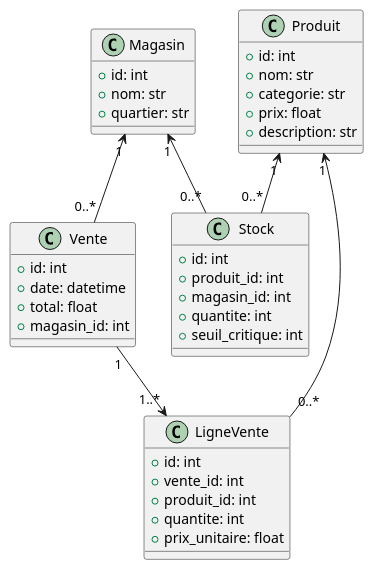
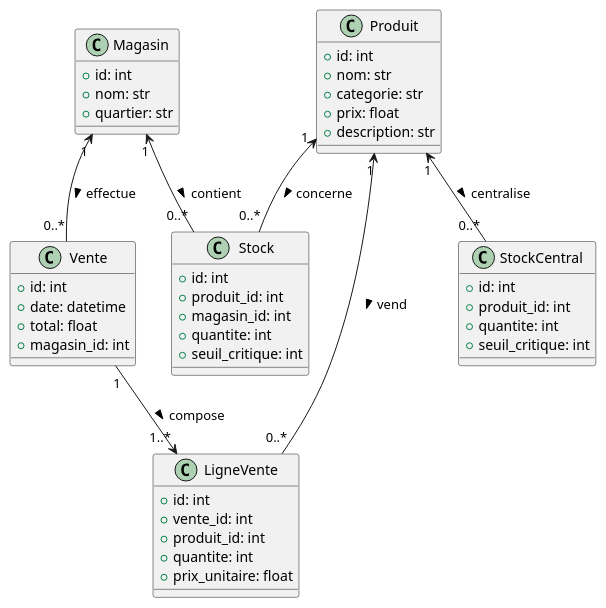
One commit to nathanlamy/LOG430-LABO-2 changed the diagram in docs/UML/classes.puml. Above: the diagram before and after it, drawn with PlantUML. The commit also changed 3 other files, not shown here.

```diff
--- a/docs/UML/classes.puml
+++ b/docs/UML/classes.puml
@@ -1,47 +1,56 @@
 @startuml Vue_logique
 
 class Magasin {
   +id: int
   +nom: str
   +quartier: str
 }
 
 class Produit {
   +id: int
   +nom: str
   +categorie: str
   +prix: float
   +description: str
 }
 
 class Stock {
   +id: int
   +produit_id: int
   +magasin_id: int
   +quantite: int
   +seuil_critique: int
 }
 
+class StockCentral {
+  +id: int
+  +produit_id: int
+  +quantite: int
+  +seuil_critique: int
+}
+
 class Vente {
   +id: int
   +date: datetime
   +total: float
   +magasin_id: int
 }
 
 class LigneVente {
   +id: int
   +vente_id: int
   +produit_id: int
   +quantite: int
   +prix_unitaire: float
 }
 
-Magasin "1" <-- "0..*" Stock
-Produit "1" <-- "0..*" Stock
+Magasin "1" <-- "0..*" Stock : contient >
+Produit "1" <-- "0..*" Stock : concerne >
 
-Magasin "1" <-- "0..*" Vente
-Vente "1" --> "1..*" LigneVente
-Produit "1" <-- "0..*" LigneVente
+Produit "1" <-- "0..*" StockCentral : centralise >
+
+Magasin "1" <-- "0..*" Vente : effectue >
+Vente "1" --> "1..*" LigneVente : compose >
+Produit "1" <-- "0..*" LigneVente : vend >
 
 @enduml
```
